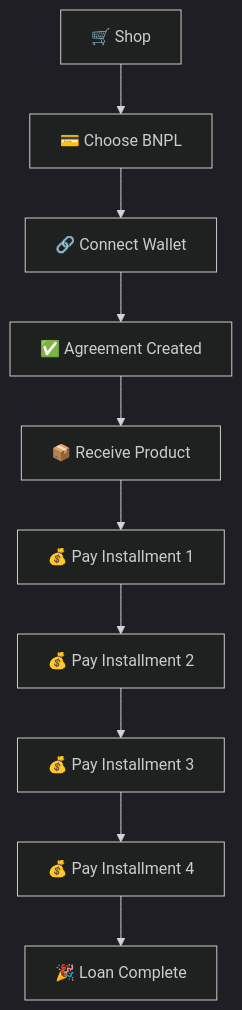
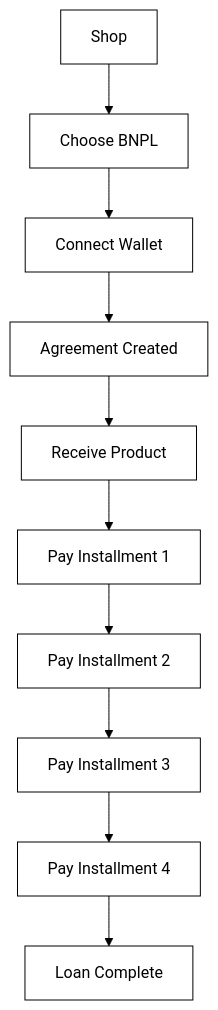
Before and after one commit to okwareddevnest/MorphCredit: the third of 6 diagrams in README.md, drawn with Mermaid. The commit also changed other lines of this file, not shown here.

````diff
--- a/README.md
+++ b/README.md
@@ -278,13 +278,13 @@
 ```mermaid
-%%{init: { 'theme': 'dark' }}%%
+%%{init: {'theme':'base', 'themeVariables': {'primaryColor': '#ffffff', 'primaryTextColor': '#000000', 'primaryBorderColor': '#000000', 'lineColor': '#000000', 'secondaryColor': '#ffffff', 'tertiaryColor': '#ffffff', 'background': '#ffffff', 'mainBkg': '#ffffff', 'secondBkg': '#ffffff', 'tertiaryBkg': '#ffffff'}}}%%
 flowchart TD
-  A[🛒 Shop] --> B[💳 Choose BNPL]
-  B --> C[🔗 Connect Wallet]
-  C --> D[✅ Agreement Created]
-  D --> E[📦 Receive Product]
-  E --> F[💰 Pay Installment 1]
-  F --> G[💰 Pay Installment 2]
-  G --> H[💰 Pay Installment 3]
-  H --> I[💰 Pay Installment 4]
-  I --> J[🎉 Loan Complete]
+  A[Shop] --> B[Choose BNPL]
+  B --> C[Connect Wallet]
+  C --> D[Agreement Created]
+  D --> E[Receive Product]
+  E --> F[Pay Installment 1]
+  F --> G[Pay Installment 2]
+  G --> H[Pay Installment 3]
+  H --> I[Pay Installment 4]
+  I --> J[Loan Complete]
 ```
````
